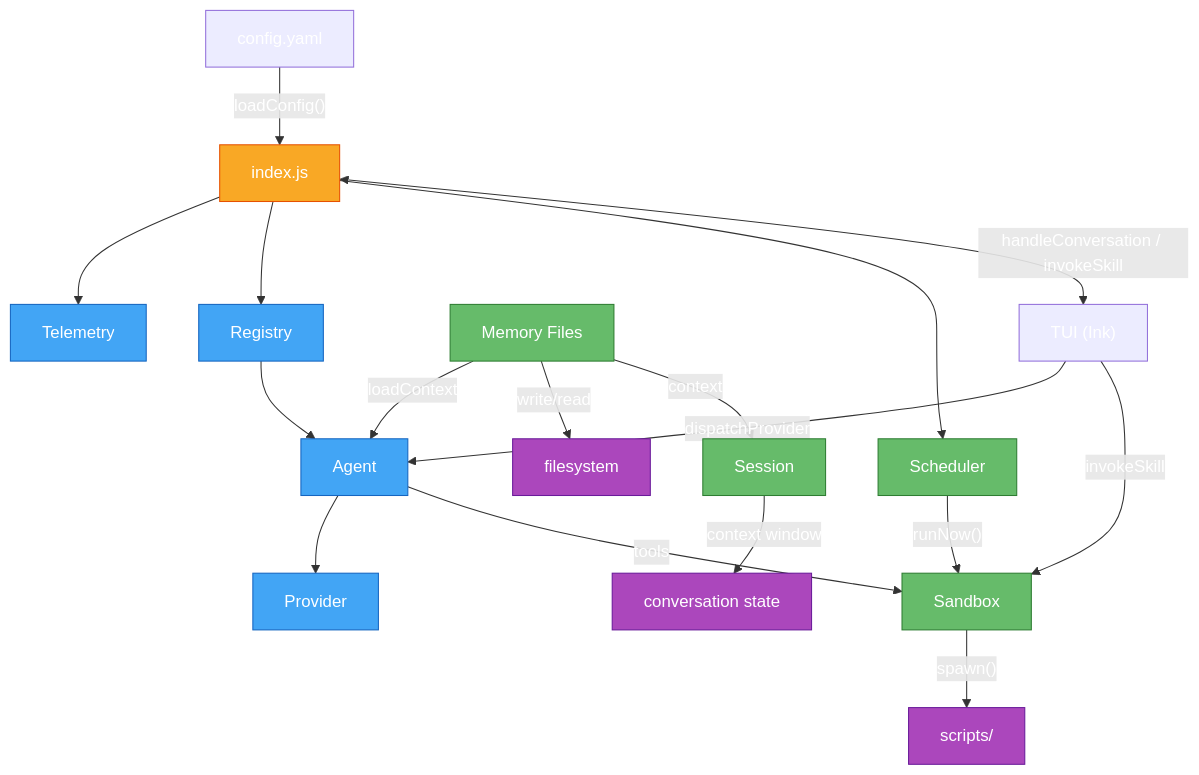
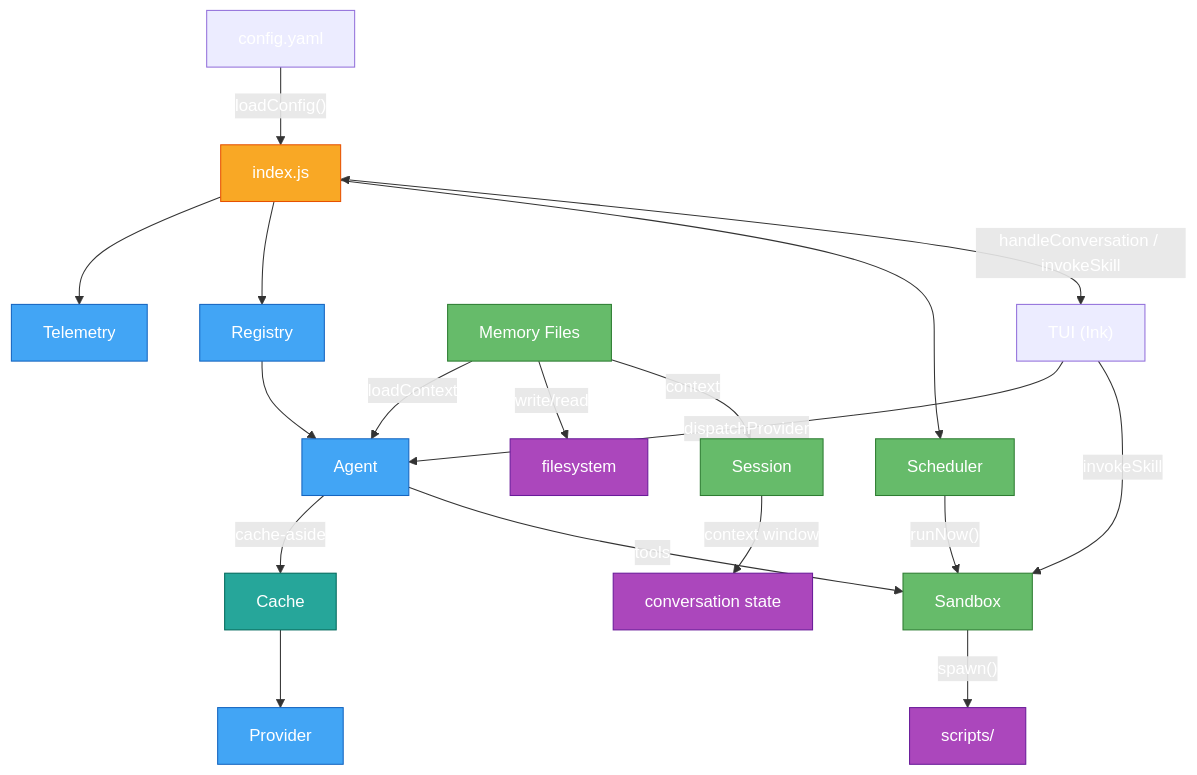
One commit to avoidwork/madz changed the diagram in docs/OVERVIEW.md. Above: the diagram before and after it, drawn with Mermaid. The commit also changed other lines of this file and 17 other files, not shown here.

````diff
--- a/docs/OVERVIEW.md
+++ b/docs/OVERVIEW.md
@@ -9,27 +9,30 @@
 ```mermaid
 graph TD
     C["config.yaml"] -->|"loadConfig()"| I["index.js"]
     I --> T["Telemetry"]
     I --> R["Registry"]
     I --> S["Scheduler"]
     R --> A["Agent"]
-    A --> P["Provider"]
+    A -->|"cache-aside"| L["Cache"]
+    L --> P["Provider"]
     A -->|"tools"| SB["Sandbox"]
     S -->|"runNow()"| SB
     SB -->|"spawn()"| SK["scripts/"]
     TM["Memory Files"] -->|"loadContext"| A
     TM -->|write/read| FS["filesystem"]
     TM -->|context| SE["Session"]
     SE -->|context window| CW["conversation state"]
     UI["TUI (Ink)"] -->|"dispatchProvider"| A
     UI -->|"invokeSkill"| SB
     I <-->|handleConversation / invokeSkill| UI
     classDef root fill:#f9a825,color:#fff,stroke:#e65100
     classDef core fill:#42a5f5,color:#fff,stroke:#1565c0
     classDef util fill:#66bb6a,color:#fff,stroke:#2e7d32
     classDef ext fill:#ab47bc,color:#fff,stroke:#6a1b9a
+    classDef cache fill:#26a69a,color:#fff,stroke:#00695c
     class I root
     class A,P,T,R core
+    class L cache
     class S,TM,SE,SB util
     class SK,CW,FS ext
 ```
````
